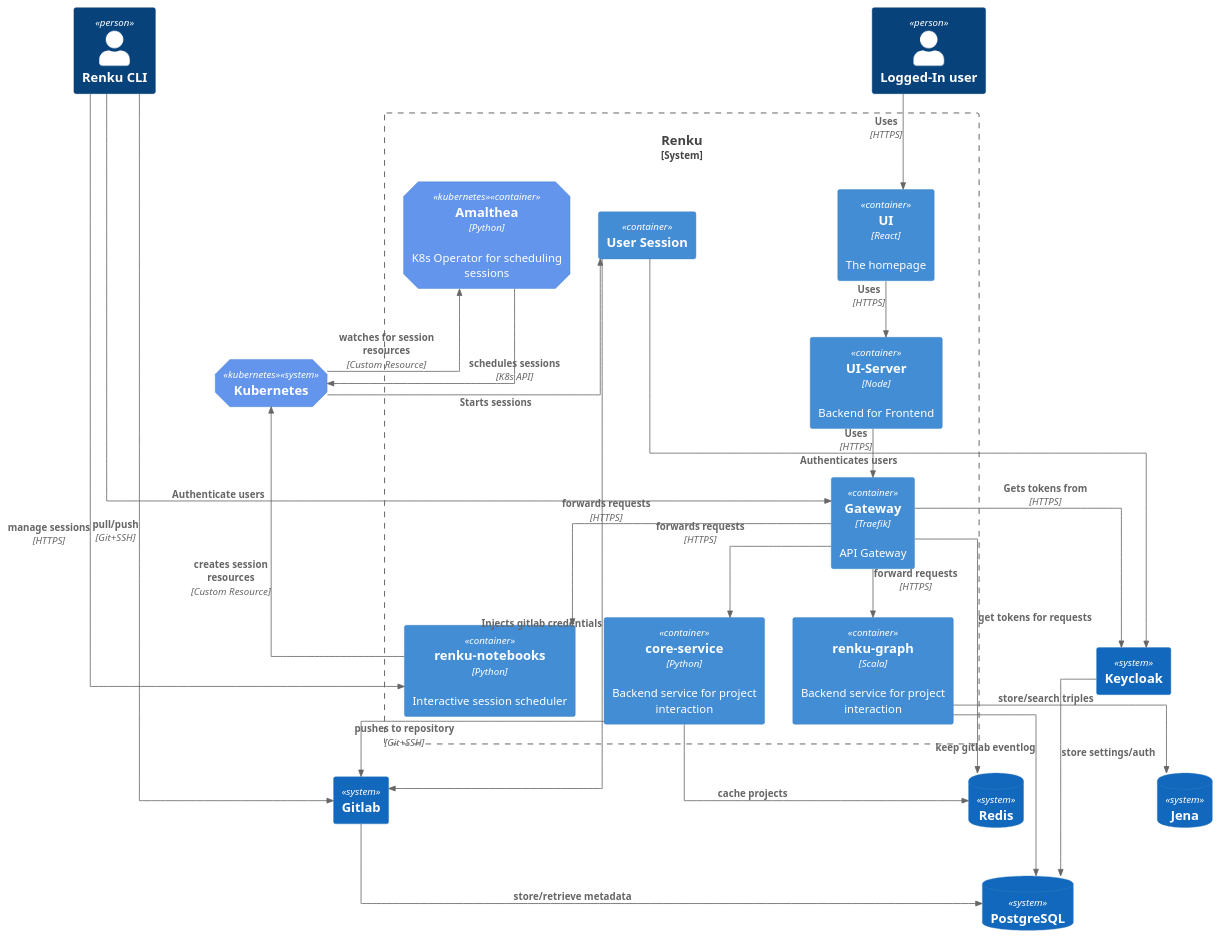
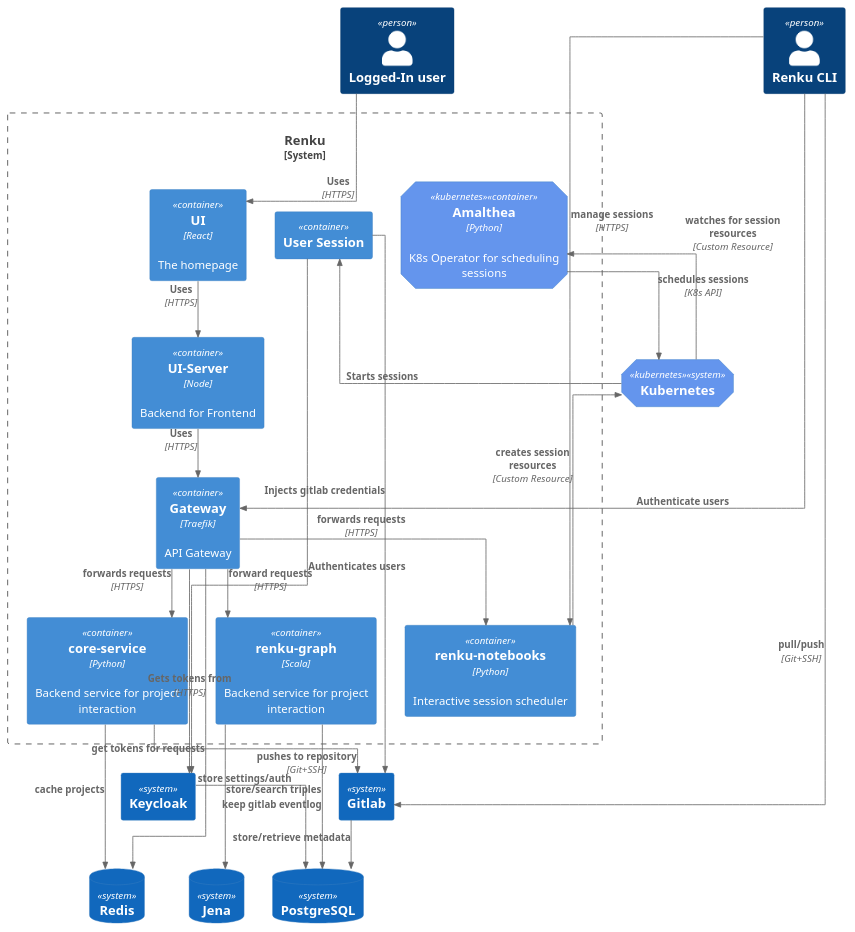
Before and after one commit to SwissDataScienceCenter/renku: the second of 3 diagrams in docs/reference/services/services-architecture.rst, drawn with PlantUML.

Commit message:
change layout

```diff
--- a/docs/reference/services/services-architecture.rst
+++ b/docs/reference/services/services-architecture.rst
@@ -83,61 +83,64 @@
 .. uml::
 
     @startuml
     !include <C4/C4_Container.puml>
 
     skinparam linetype ortho
 
     AddElementTag("kubernetes", $shape=EightSidedShape(), $bgColor="CornflowerBlue", $fontColor="white", $legendText="micro service (eight sided)")
 
     Person(logged_in, "Logged-In user")
     Person(cli, "Renku CLI")
     System_Boundary(renku, "Renku") {
         Container(ui, "UI", "React", "The homepage")
         Container(ui_server, "UI-Server", "Node", "Backend for Frontend")
         Container(gateway, "Gateway", "Traefik", "API Gateway")
         Container(core_service, "core-service", "Python", "Backend service for project interaction", $link="../reference/services/services-architecture.html#core-service")
         Container(renku_graph, "renku-graph", "Scala", "Backend service for project interaction")
         Container(renku_notebooks, "renku-notebooks", "Python", "Interactive session scheduler")
         Container(amalthea, "Amalthea", "Python", "K8s Operator for scheduling sessions", $tags="kubernetes")
         Container(session, "User Session")
     }
     System(gitlab, "Gitlab")
     System(keycloak, "Keycloak")
     System(k8s, "Kubernetes", $tags="kubernetes")
     SystemDb(postgres, "PostgreSQL")
     SystemDb(redis, "Redis")
     SystemDb(jena, "Jena")
 
     Rel_D(logged_in, ui, "Uses", "HTTPS")
     Rel(ui, ui_server, "Uses", "HTTPS")
     Rel(ui_server, gateway, "Uses", "HTTPS")
     Rel(gateway, keycloak, "Gets tokens from", "HTTPS")
     Rel(gateway, core_service, "forwards requests", "HTTPS")
     Rel_D(core_service, gitlab, "pushes to repository", "Git+SSH")
     Rel(core_service, redis, "cache projects")
     Rel(gateway, renku_notebooks, "forwards requests", "HTTPS")
     Rel(renku_notebooks, k8s, "creates session resources", "Custom Resource")
     Rel(k8s, amalthea, "watches for session resources", "Custom Resource")
     Rel(k8s, session, "Starts sessions")
     Rel(session, keycloak, "Authenticates users")
     Rel(session, gitlab, "Injects gitlab credentials")
     Rel(amalthea, k8s, "schedules sessions", "K8s API")
     Rel(gateway, renku_graph, "forward requests", "HTTPS")
     Rel_D(cli, gitlab, "pull/push", "Git+SSH")
     Rel_D(cli, gateway, "Authenticate users")
     Rel_D(cli, renku_notebooks, "manage sessions", "HTTPS")
     Rel(gateway, redis, "get tokens for requests")
     Rel_D(gitlab, postgres, "store/retrieve metadata")
     Rel_D(renku_graph, postgres, "keep gitlab eventlog")
     Rel_D(renku_graph, jena, "store/search triples")
     Rel_D(keycloak, postgres, "store settings/auth")
 
     Lay_D(logged_in, renku)
     Lay_D(cli, renku)
     Lay_D(renku, gitlab)
     Lay_D(renku, keycloak)
     Lay_D(renku, k8s)
-    Lay_D(renku, postgres)
-    Lay_D(renku, redis)
-    Lay_D(renku, jena)
+    Lay_D(gitlab, postgres)
+    Lay_D(gitlab, redis)
+    Lay_D(gitlab, jena)
+    Lay_D(keycloak, postgres)
+    Lay_D(keycloak, redis)
+    Lay_D(keycloak, jena)
     @enduml
```
